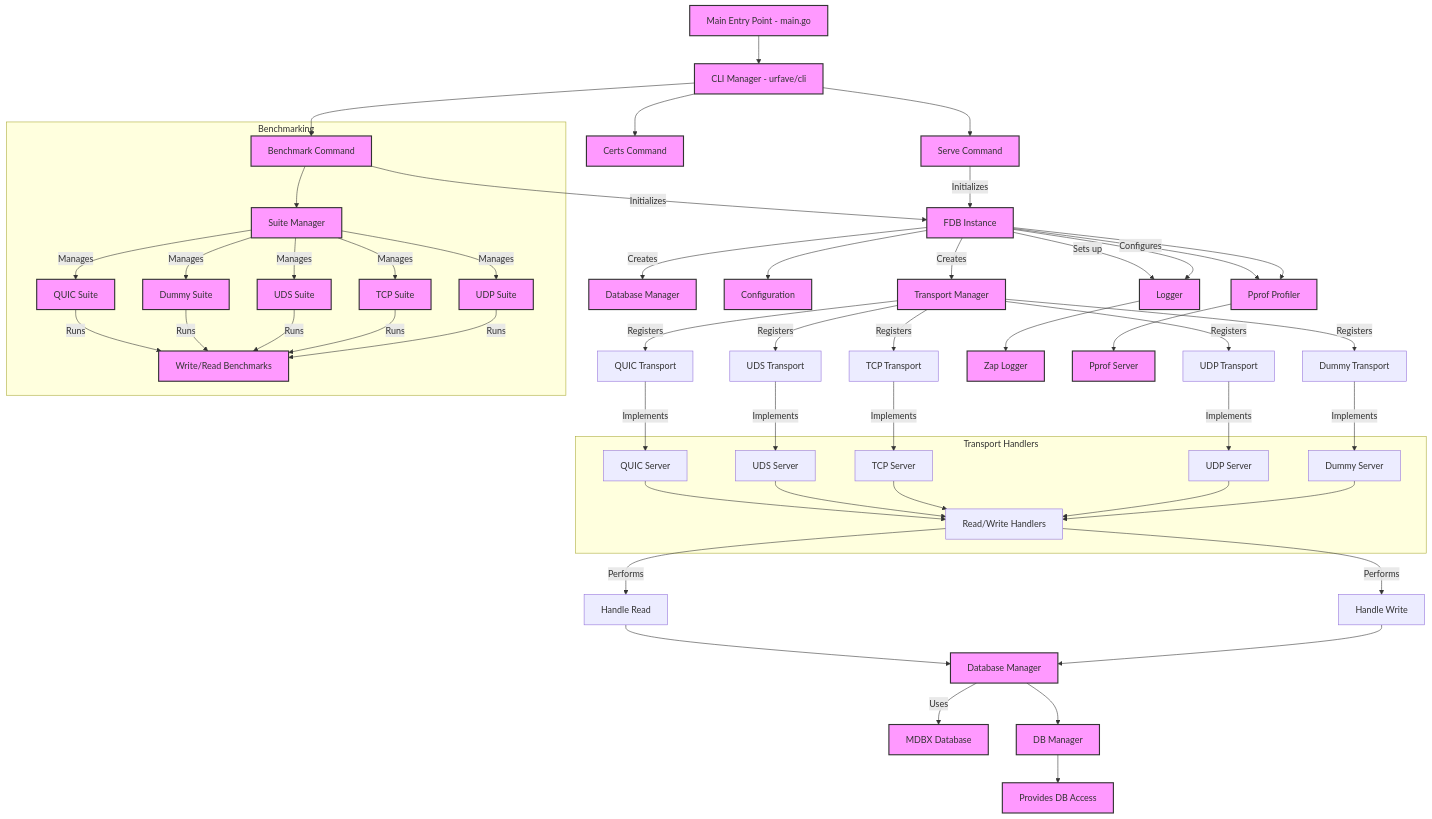
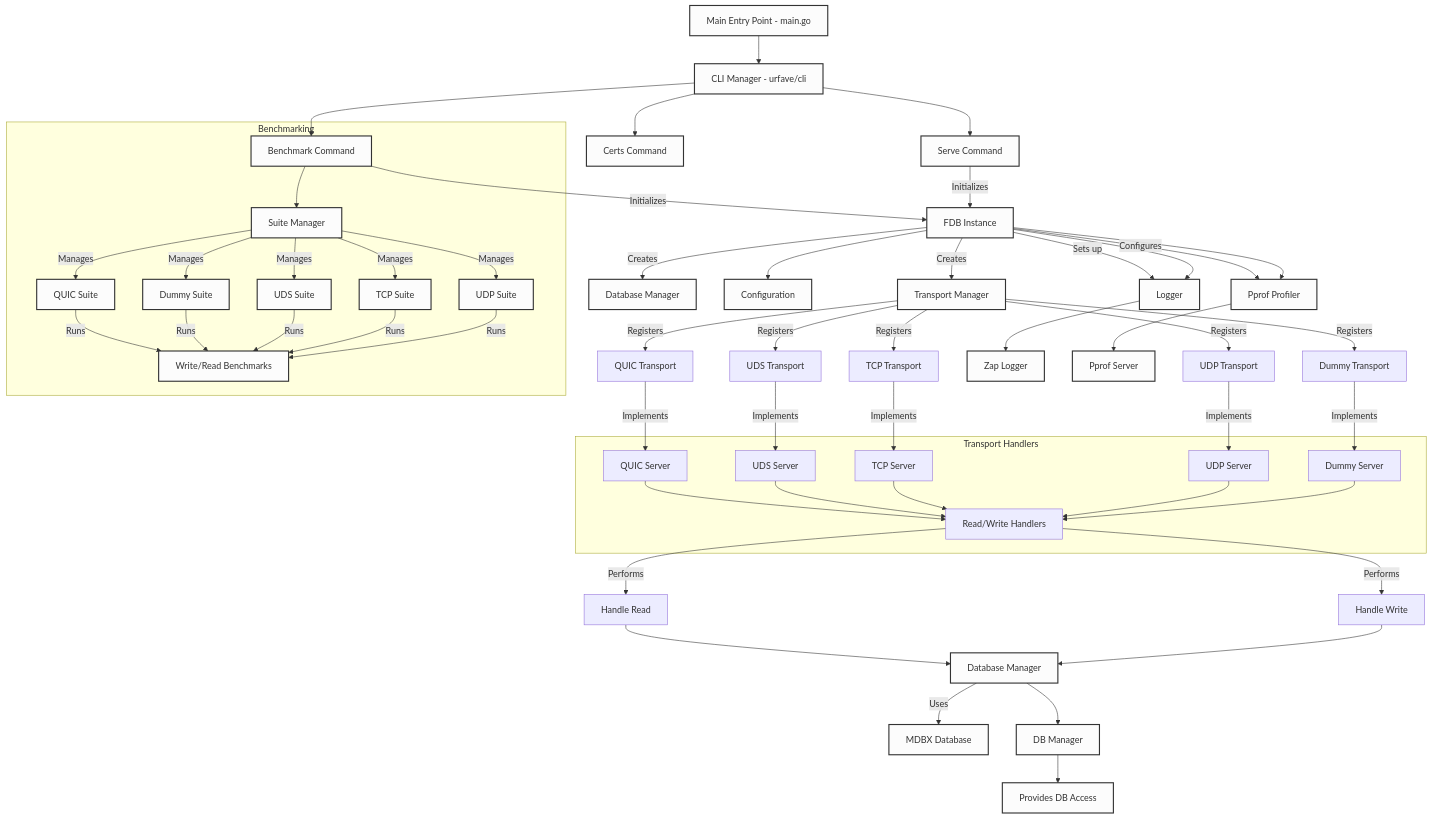
The diagram in README.md (unpackdev/fdb), drawn with Mermaid before and after one commit.

Commit message:
Diagram update

````diff
--- a/README.md
+++ b/README.md
@@ -104,6 +104,6 @@
     U --> V[Provides DB Access]
 
     %% Legend
-    classDef component fill:#f9f,stroke:#333,stroke-width:2px;
+    classDef component fill:#fcfcfc,stroke:#333,stroke-width:2px;
     class A,B,C1,C2,C3,D,E,F,G,H,M,N,O,P1,P2,P3,P4,P5,Q,R,S,T,U,V component;
 ```
````
